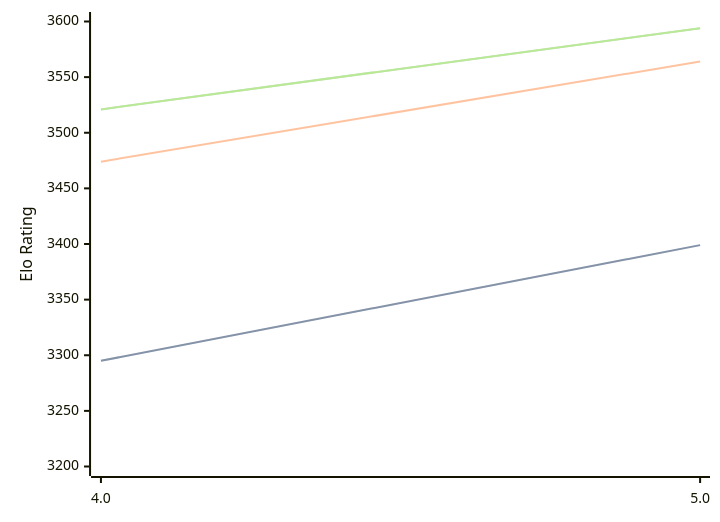
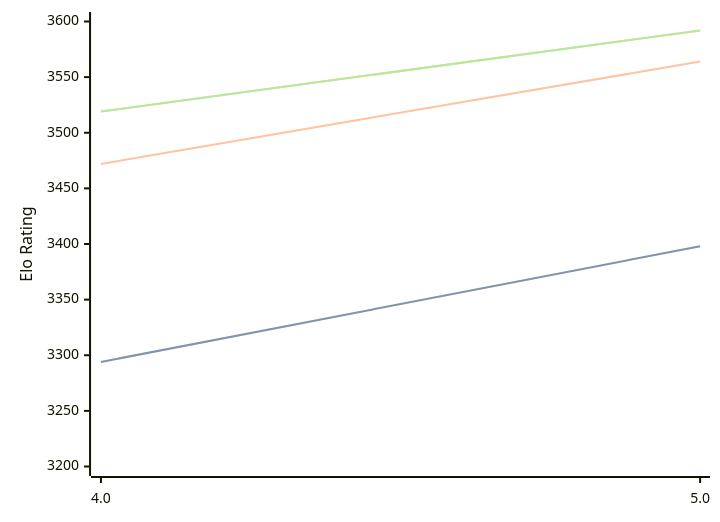
Before and after one commit to computer-chess-index/cci: the diagram in engines/Tarnished.md, drawn with Mermaid. The commit also changed other lines of this file, not shown here.

Commit message:
Update CCI Ratings (ELO VLTC) - 2026-03-08

````diff
--- a/engines/Tarnished.md
+++ b/engines/Tarnished.md
@@ -34,11 +34,11 @@
 ```mermaid
 %%{init: {"theme":"base","themeVariables":{"seriesColors:['#a3a3a3','#222221','#faa371']}}}%%
 xychart-beta
   x-axis ["4.0", "5.0"]
   y-axis "Elo Rating" 3200 --> 3600
-  line "STC (8.0+0.08s)" [3295, 3399]
-  line "STC (8.0+0.08s)" [3295, 3399]
-  line "LTC (60.0+0.60s)" [3474, 3564]
-  line "VLTC (2m24s+1.12s)" [3521, 3594]
-  line "VLTC (2m24s+1.12s)" [3521, 3594]
+  line "STC (8.0+0.08s)" [3294, 3398]
+  line "STC (8.0+0.08s)" [3294, 3398]
+  line "LTC (60.0+0.60s)" [3472, 3564]
+  line "VLTC (2m24s+1.12s)" [3519, 3592]
+  line "VLTC (2m24s+1.12s)" [3519, 3592]
 ```
````
